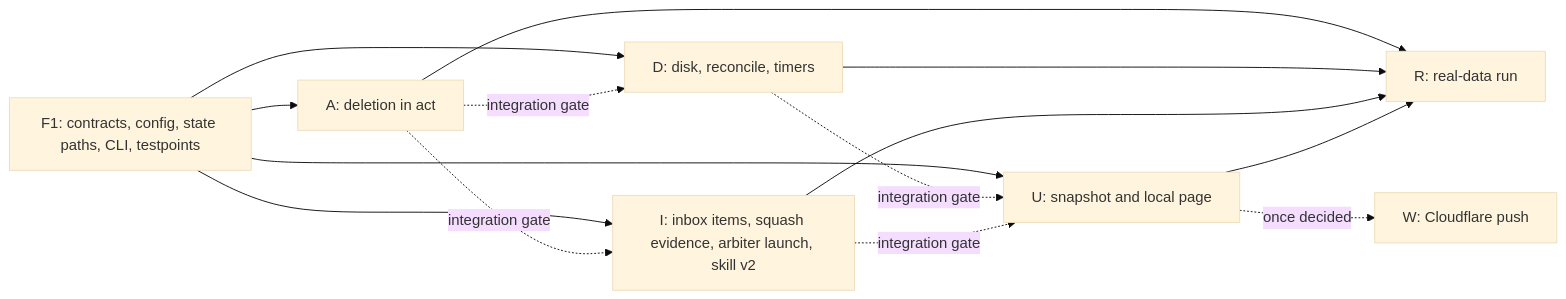
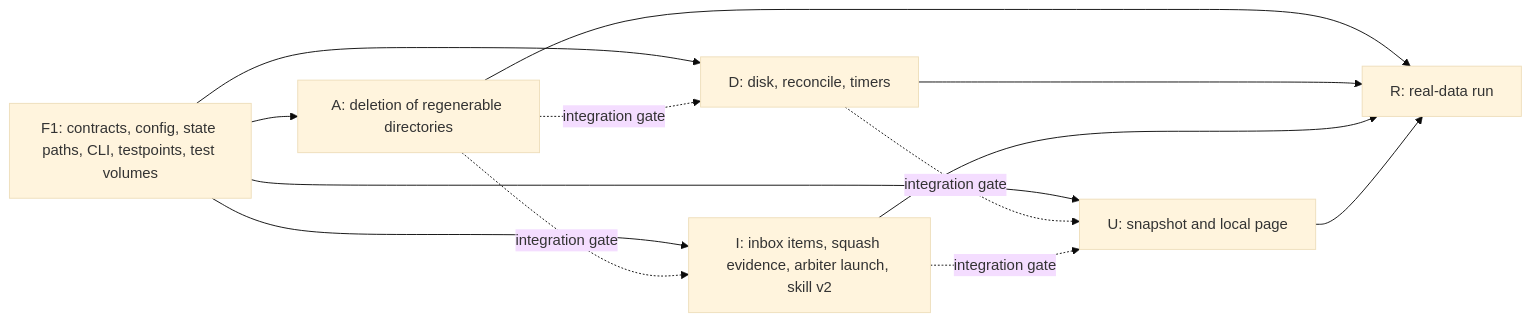
Before and after one commit to shuymn/cardinal: the second of 2 diagrams in docs/architecture.md, drawn with Mermaid (base theme). The commit also changed other lines of this file, not shown here.

First line of the commit message:
docs(architecture): trim deletion, test the gates

````diff
--- a/docs/architecture.md
+++ b/docs/architecture.md
@@ -1406,16 +1403,15 @@
 ```mermaid
 flowchart LR
-  F1["F1: contracts, config, state paths, CLI, testpoints"] --> A["A: deletion in act"]
+  F1["F1: contracts, config, state paths, CLI, testpoints, test volumes"] --> A["A: deletion of regenerable directories"]
   F1 --> D["D: disk, reconcile, timers"]
   F1 --> I["I: inbox items, squash evidence, arbiter launch, skill v2"]
   F1 --> U["U: snapshot and local page"]
   A -. "integration gate" .-> D
   A -. "integration gate" .-> I
   D -. "integration gate" .-> U
   I -. "integration gate" .-> U
   A --> R["R: real-data run"]
   D --> R
   I --> R
   U --> R
-  U -. "once decided" .-> W["W: Cloudflare push"]
 ```
````
